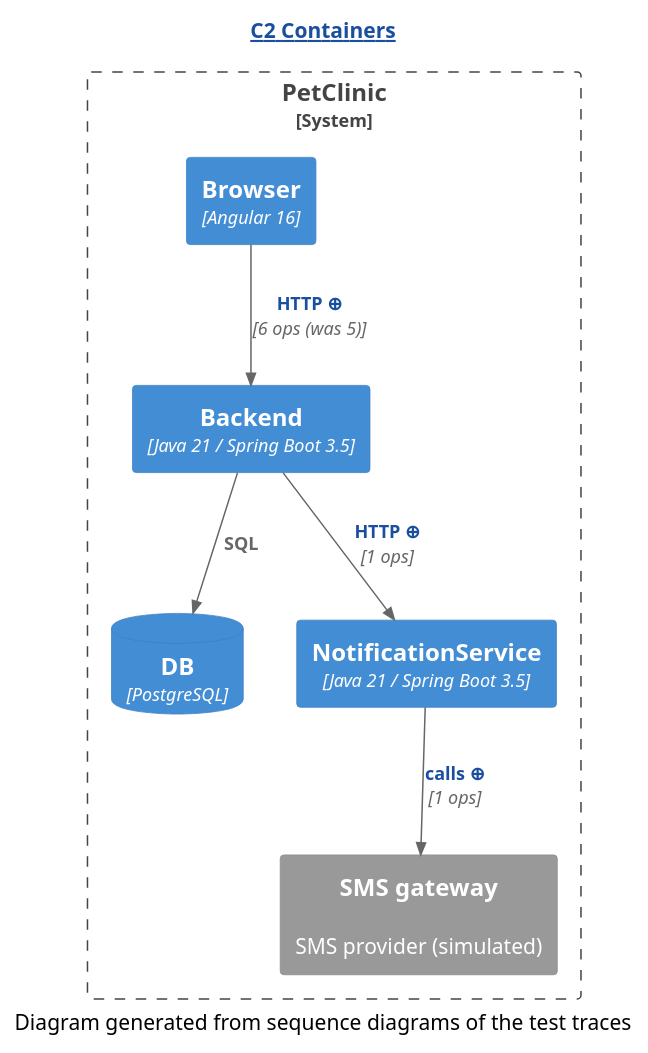
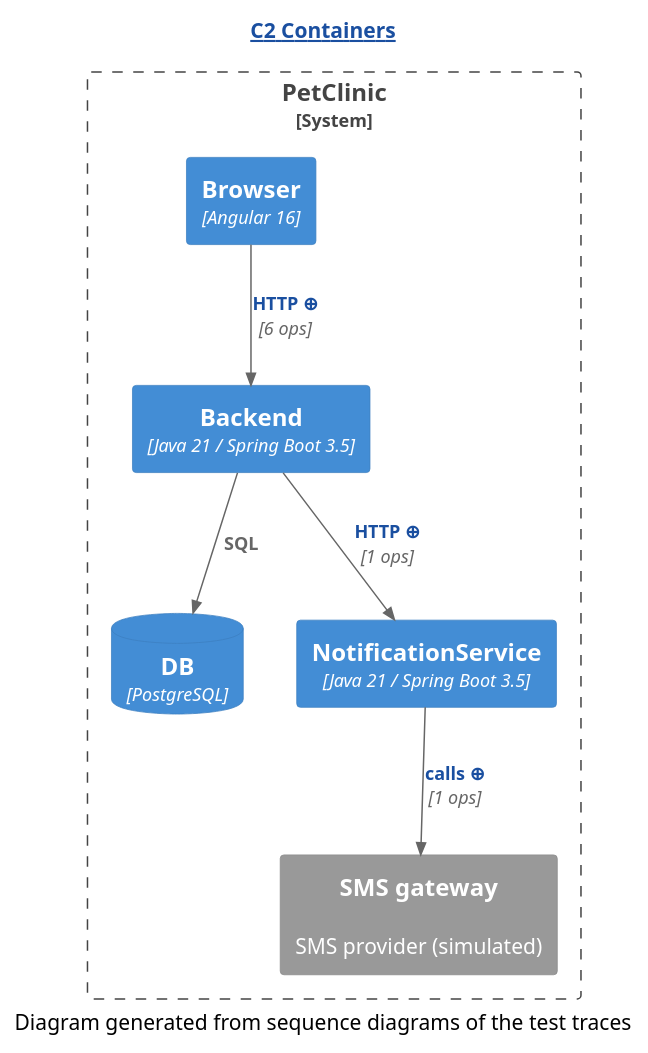
Before and after one commit to EvanLee70/human-review: the diagram in demo/demo/assets/c2/C2-Containers.diff.puml, drawn with PlantUML. The commit also changed 53 other files, not shown here.

```diff
--- a/demo/demo/assets/c2/C2-Containers.diff.puml
+++ b/demo/demo/assets/c2/C2-Containers.diff.puml
@@ -1,20 +1,20 @@
 @startuml
 ' ⚠️  GENERATED — projected from the sequence diagrams by c2-from-sequence.py.
 !include <C4/C4_Container>
 HIDE_STEREOTYPE()
 skinparam hyperlinkUnderline false
 skinparam hyperlinkColor #1A4FA0
-title [[https://c4model.com/diagrams/container{What a container diagram is, on Simon Brown's own site} C2 Containers]]
+title [[https://c4model.com/diagrams/container{What is a C2 diagram?} C2 Containers]]
 System_Boundary(c2_system, "PetClinic") {
   Container(Backend, "Backend", "Java 21 / Spring Boot 3.5", "")
   Container(Browser, "Browser", "Angular 16", "")
   ContainerDb(DB, "DB", "PostgreSQL", "")
   Container(NotificationService, "NotificationService", "Java 21 / Spring Boot 3.5", "")
   System_Ext(SMS_gateway, "SMS gateway", "SMS provider (simulated)", "")
 }
 Rel(Backend, DB, "SQL", "")
 Rel(Backend, NotificationService, "[[genseq://c2-279a196c9d{Click for the calls behind this line} HTTP ⊕]]", "1 ops")
-Rel(Browser, Backend, "[[genseq://c2-75fafaa11f{Click for the calls behind this line} HTTP ⊕]]", "6 ops (was 5)")
+Rel(Browser, Backend, "[[genseq://c2-75fafaa11f{Click for the calls behind this line} HTTP ⊕]]", "6 ops")
 Rel(NotificationService, SMS_gateway, "[[genseq://c2-cb01a30b7a{Click for the calls behind this line} calls ⊕]]", "1 ops")
 caption Diagram generated from sequence diagrams of the test traces
 @enduml
```
